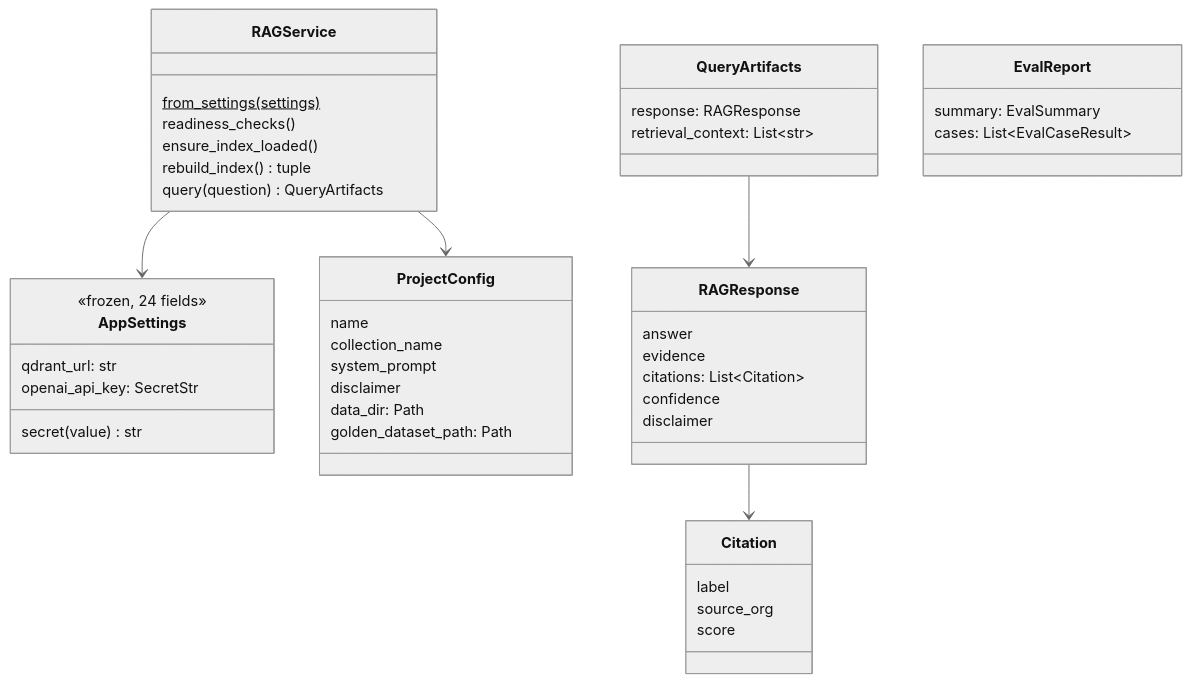
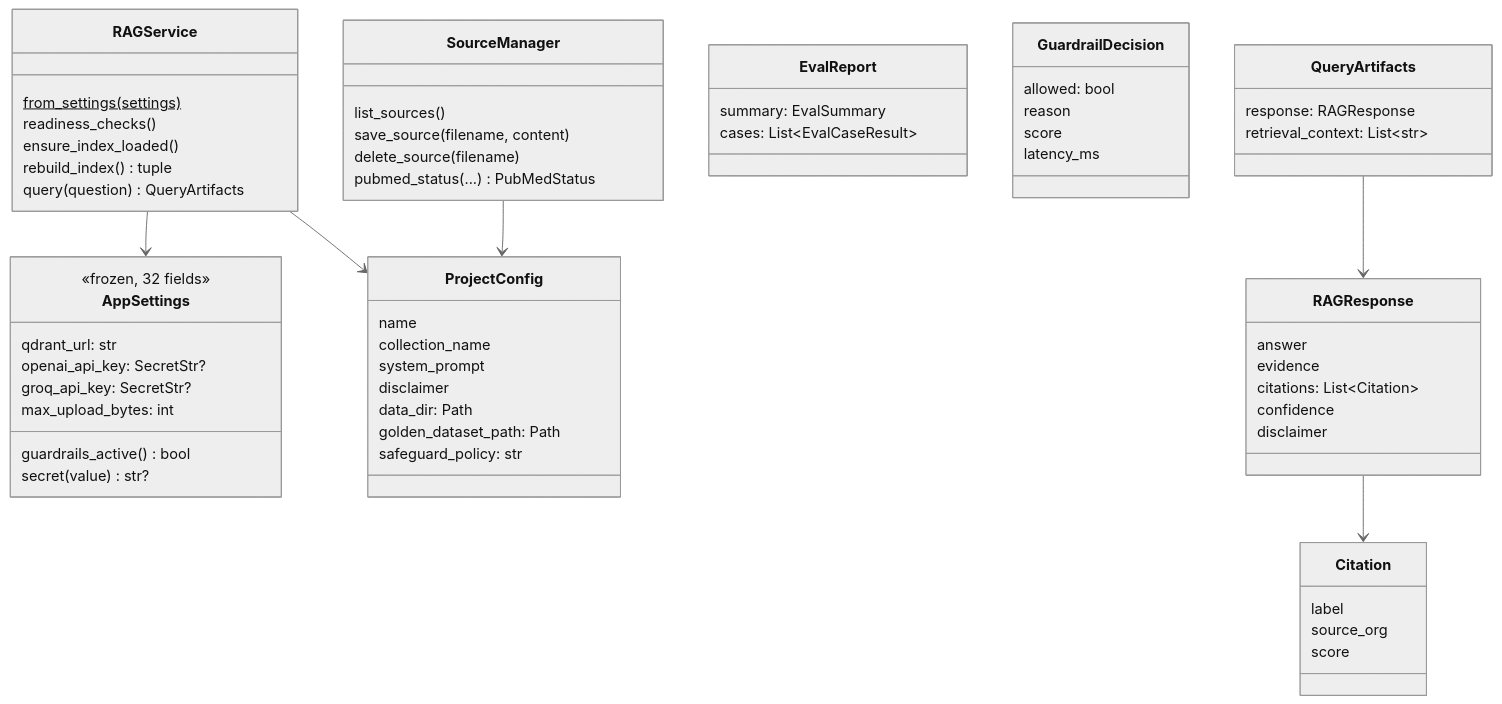
One commit to abhishek-tiwari-nitrr/PulseRAG changed the diagram in docs/LLD.md. Above: the diagram before and after it, drawn with Mermaid (neutral theme). The commit also changed other lines of this file and 14 other files, not shown here.

Commit message:
feat: manage guideline PDFs and PubMed coverage in the Sources tab

````diff
--- a/docs/LLD.md
+++ b/docs/LLD.md
@@ -49,48 +52,65 @@
 ```mermaid
 classDiagram
     class AppSettings {
-        <<frozen, 24 fields>>
+        <<frozen, 32 fields>>
         qdrant_url: str
-        openai_api_key: SecretStr
-        secret(value) str
+        openai_api_key: SecretStr?
+        groq_api_key: SecretStr?
+        guardrails_active() bool
+        max_upload_bytes: int
+        secret(value) str?
     }
     class ProjectConfig {
         name
         collection_name
         system_prompt
         disclaimer
         data_dir: Path
         golden_dataset_path: Path
+        safeguard_policy: str
     }
     class RAGService {
         from_settings(settings)$
         readiness_checks()
         ensure_index_loaded()
         rebuild_index() tuple
         query(question) QueryArtifacts
     }
     class RAGResponse {
         answer
         evidence
         citations: List~Citation~
         confidence
         disclaimer
     }
     class Citation {
         label
         source_org
         score
     }
     RAGService --> ProjectConfig
     RAGService --> AppSettings
     RAGResponse --> Citation
     class QueryArtifacts {
         response: RAGResponse
         retrieval_context: List~str~
     }
     class EvalReport {
         summary: EvalSummary
         cases: List~EvalCaseResult~
     }
     QueryArtifacts --> RAGResponse
+    class GuardrailDecision {
+        allowed: bool
+        reason
+        score
+        latency_ms
+    }
+    class SourceManager {
+        list_sources()
+        save_source(filename, content)
+        delete_source(filename)
+        pubmed_status(...) PubMedStatus
+    }
+    SourceManager --> ProjectConfig
 ```
````
